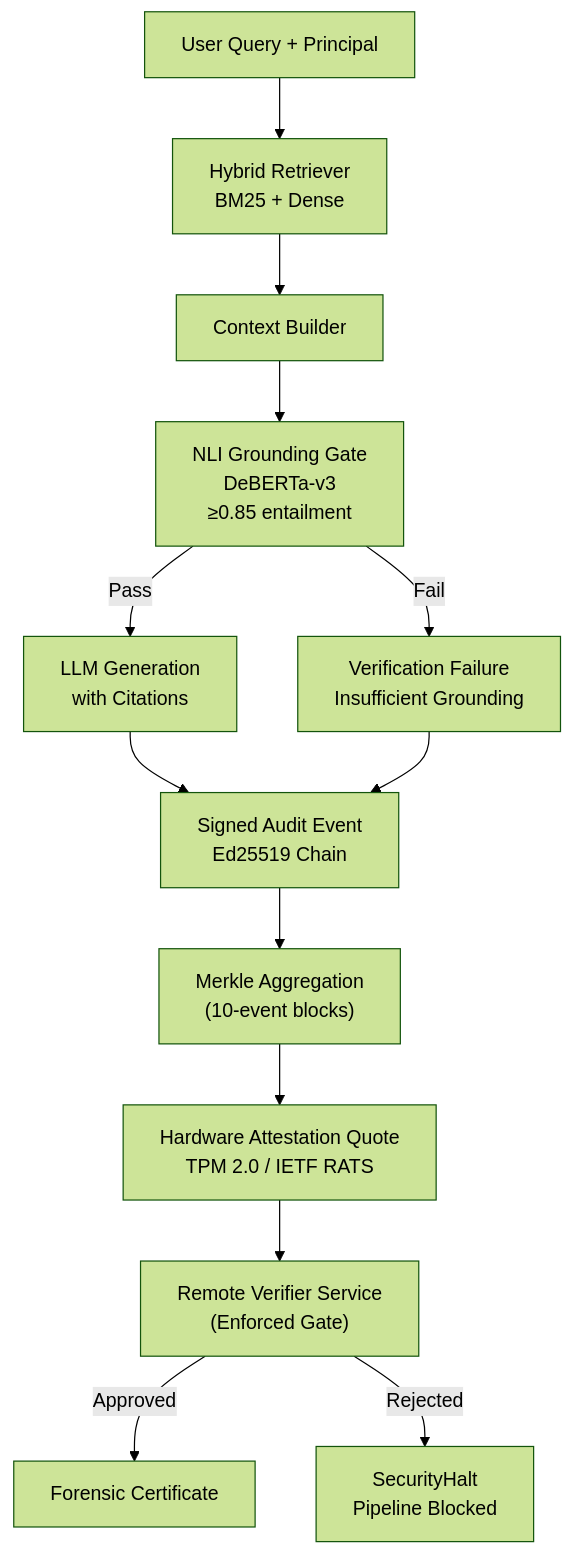
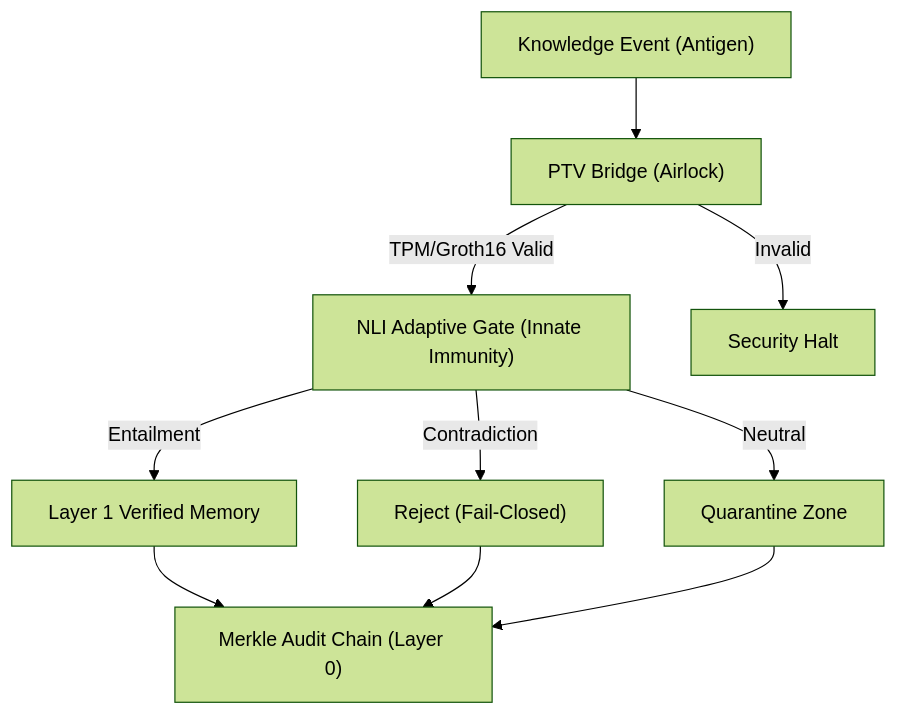
One commit to anandkrshnn/sovereign-ai-stack changed the first of 2 diagrams in README.md. Above: the diagram before and after it, drawn with Mermaid (forest theme). The commit also changed other lines of this file and 13 other files, not shown here.

Commit message:
feat: complete v0.6.0 (Immune Brain + PTV Bridge) and prep IMDA briefing docs/demo

````diff
--- a/README.md
+++ b/README.md
@@ -24,15 +28,12 @@
 ```mermaid
 flowchart TD
-    A["User Query + Principal"] --> B["Hybrid Retriever<br/>BM25 + Dense"]
-    B --> C["Context Builder"]
-    C --> D["NLI Grounding Gate<br/>DeBERTa-v3<br/>≥0.85 entailment"]
-    D -->|Pass| E["LLM Generation<br/>with Citations"]
-    D -->|Fail| F["Verification Failure<br/>Insufficient Grounding"]
-    E --> G["Signed Audit Event<br/>Ed25519 Chain"]
+    A["Knowledge Event (Antigen)"] --> B["PTV Bridge (Airlock)"]
+    B -->|TPM/Groth16 Valid| C["NLI Adaptive Gate (Innate Immunity)"]
+    B -->|Invalid| X["Security Halt"]
+    C -->|Entailment| D["Layer 1 Verified Memory"]
+    C -->|Contradiction| E["Reject (Fail-Closed)"]
+    C -->|Neutral| F["Quarantine Zone"]
+    D --> G["Merkle Audit Chain (Layer 0)"]
+    E --> G
     F --> G
-    G --> H["Merkle Aggregation<br/>(10-event blocks)"]
-    H --> I["Hardware Attestation Quote<br/>TPM 2.0 / IETF RATS"]
-    I --> J["Remote Verifier Service<br/>(Enforced Gate)"]
-    J -->|Approved| K["Forensic Certificate"]
-    J -->|Rejected| L["SecurityHalt<br/>Pipeline Blocked"]
 ```
````
